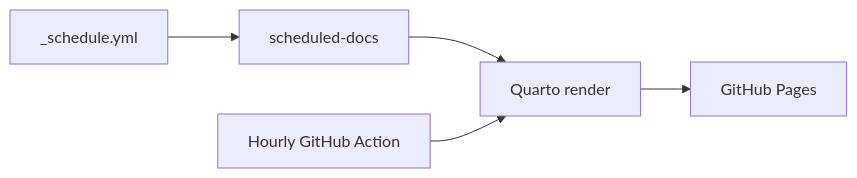
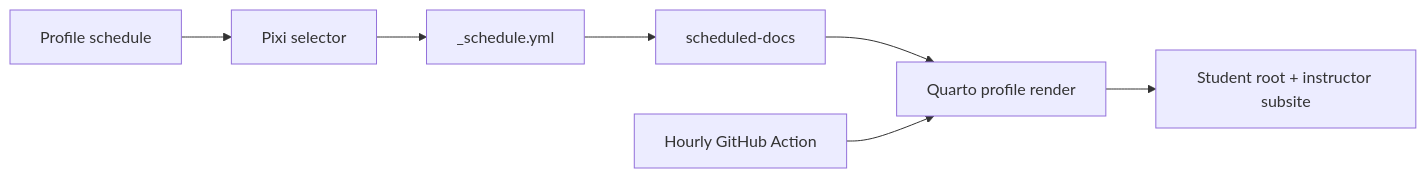
Before and after one commit to au-mbg/scheduled_quarto_test: the diagram in index.qmd, drawn with Mermaid. The commit also changed other lines of this file and 15 other files, not shown here.

````diff
--- a/index.qmd
+++ b/index.qmd
@@ -30,7 +30,9 @@
 ```{mermaid}
 flowchart LR
-    A["_schedule.yml"] --> B["scheduled-docs"]
-    B --> C["Quarto render"]
-    D["Hourly GitHub Action"] --> C
-    C --> E["GitHub Pages"]
+    A["Profile schedule"] --> B["Pixi selector"]
+    B --> C["_schedule.yml"]
+    C --> D["scheduled-docs"]
+    D --> E["Quarto profile render"]
+    F["Hourly GitHub Action"] --> E
+    E --> G["Student root + instructor subsite"]
 ```
````
